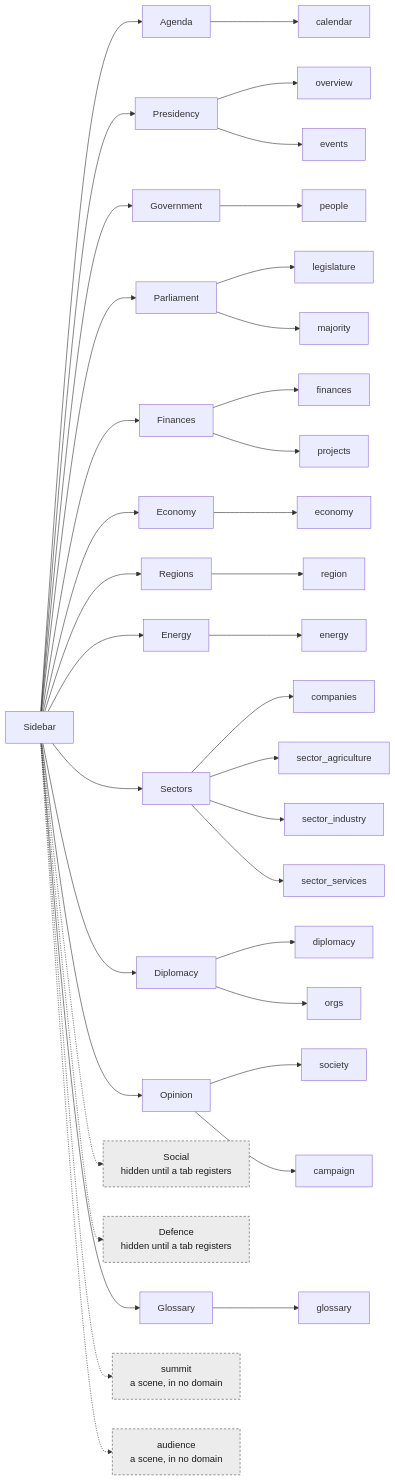
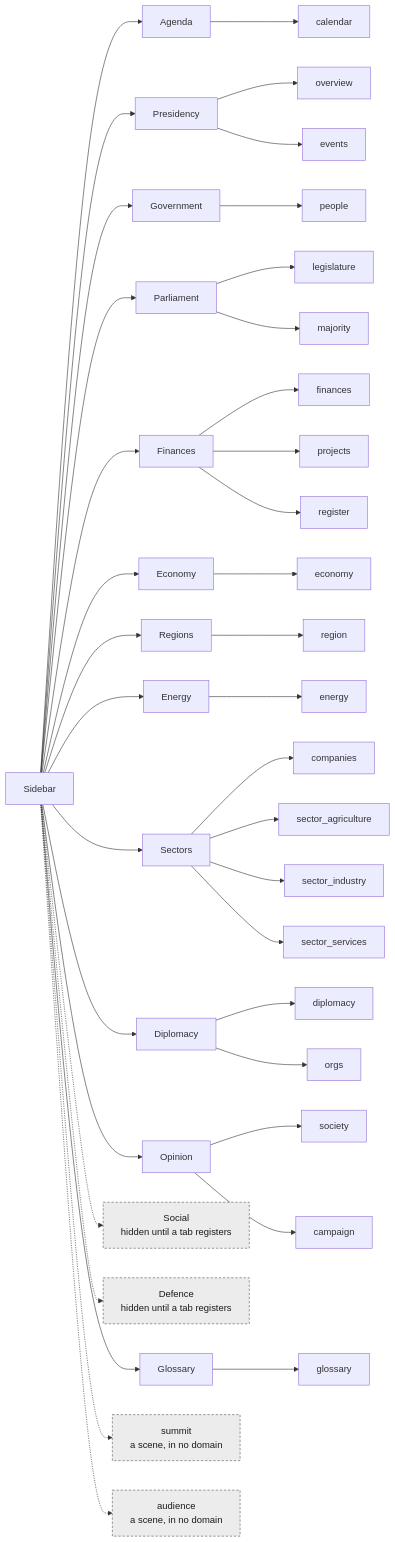
The diagram in docs/shell.md (powerbassist/World-simulator), drawn with Mermaid before and after one commit. The commit also changed 6 other files, not shown here.

First line of the commit message:
Register sheet: a Finances tab, beside Public Works

````diff
--- a/docs/shell.md
+++ b/docs/shell.md
@@ -25,41 +25,42 @@
 ```mermaid
 flowchart LR
   sb["Sidebar"]
   sb --> d_agenda["Agenda"]
   d_agenda --> t_calendar["calendar"]
   sb --> d_presidency["Presidency"]
   d_presidency --> t_overview["overview"]
   d_presidency --> t_events["events"]
   sb --> d_government["Government"]
   d_government --> t_people["people"]
   sb --> d_parliament["Parliament"]
   d_parliament --> t_legislature["legislature"]
   d_parliament --> t_majority["majority"]
   sb --> d_finances["Finances"]
   d_finances --> t_finances["finances"]
   d_finances --> t_projects["projects"]
+  d_finances --> t_register["register"]
   sb --> d_economy["Economy"]
   d_economy --> t_economy["economy"]
   sb --> d_territory["Regions"]
   d_territory --> t_region["region"]
   sb --> d_energy["Energy"]
   d_energy --> t_energy["energy"]
   sb --> d_sectors["Sectors"]
   d_sectors --> t_companies["companies"]
   d_sectors --> t_sector_agriculture["sector_agriculture"]
   d_sectors --> t_sector_industry["sector_industry"]
   d_sectors --> t_sector_services["sector_services"]
   sb --> d_diplomacy["Diplomacy"]
   d_diplomacy --> t_diplomacy["diplomacy"]
   d_diplomacy --> t_orgs["orgs"]
   sb --> d_opinion["Opinion"]
   d_opinion --> t_society["society"]
   d_opinion --> t_campaign["campaign"]
   sb -.-> d_social["Social<br/>hidden until a tab registers"]:::hidden
   sb -.-> d_defence["Defence<br/>hidden until a tab registers"]:::hidden
   sb --> d_glossary["Glossary"]
   d_glossary --> t_glossary["glossary"]
   sb -.-> s_summit["summit<br/>a scene, in no domain"]:::hidden
   sb -.-> s_audience["audience<br/>a scene, in no domain"]:::hidden
   classDef hidden stroke-dasharray:4 3,fill:#ececec,stroke:#555,color:#1a1a1a
 ```
````
